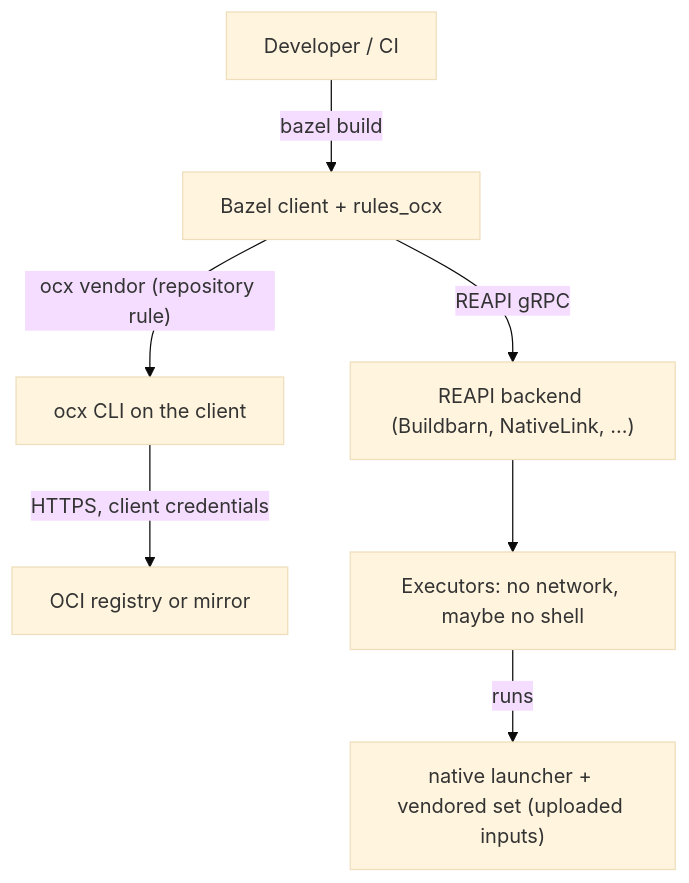
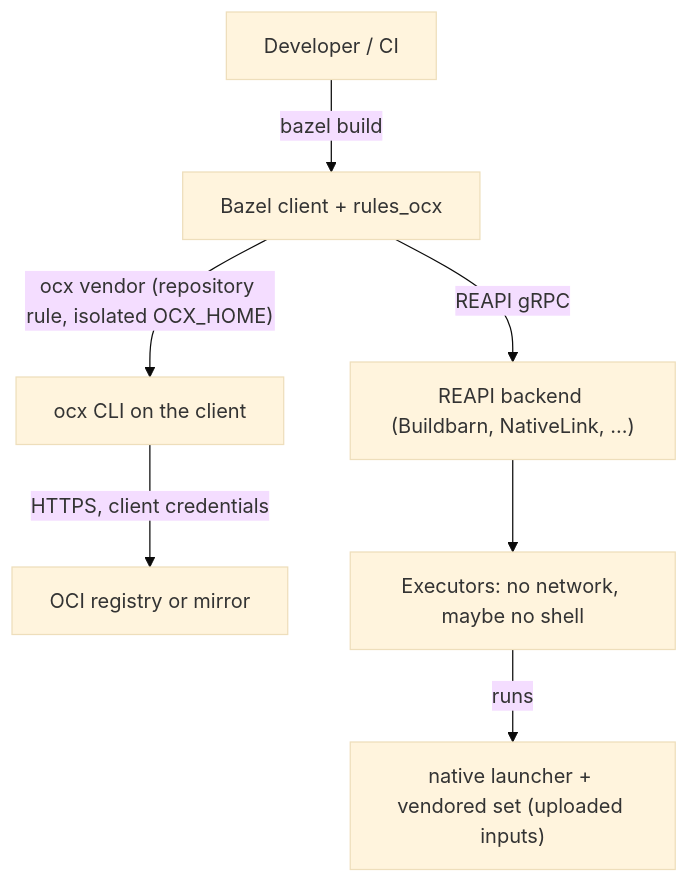
The first of 3 diagrams in .claude/artifacts/system_design_vendor_rules_ocx.md (ocx-sh/ocx), drawn with Mermaid (base theme) before and after one commit. The commit also changed other lines of this file and 1 other file, not shown here.

Commit message:
chore: apply round-one review of the vendor ADR and system design

````diff
--- a/.claude/artifacts/system_design_vendor_rules_ocx.md
+++ b/.claude/artifacts/system_design_vendor_rules_ocx.md
@@ -27,9 +27,9 @@
 ```mermaid
 graph TB
     Dev["Developer / CI"] -->|bazel build| Client["Bazel client + rules_ocx"]
-    Client -->|"ocx vendor (repository rule)"| OCX["ocx CLI on the client"]
+    Client -->|"ocx vendor (repository rule, isolated OCX_HOME)"| OCX["ocx CLI on the client"]
     OCX -->|"HTTPS, client credentials"| Reg["OCI registry or mirror"]
     Client -->|"REAPI gRPC"| RBE["REAPI backend (Buildbarn, NativeLink, ...)"]
     RBE --> Exec["Executors: no network, maybe no shell"]
     Exec -->|"runs"| L["native launcher + vendored set (uploaded inputs)"]
 ```
````
